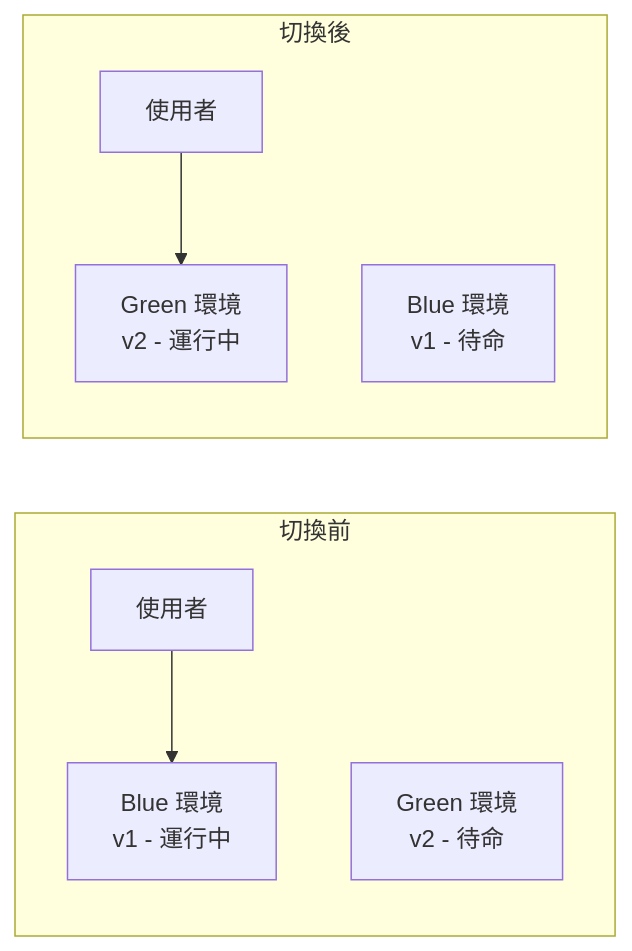
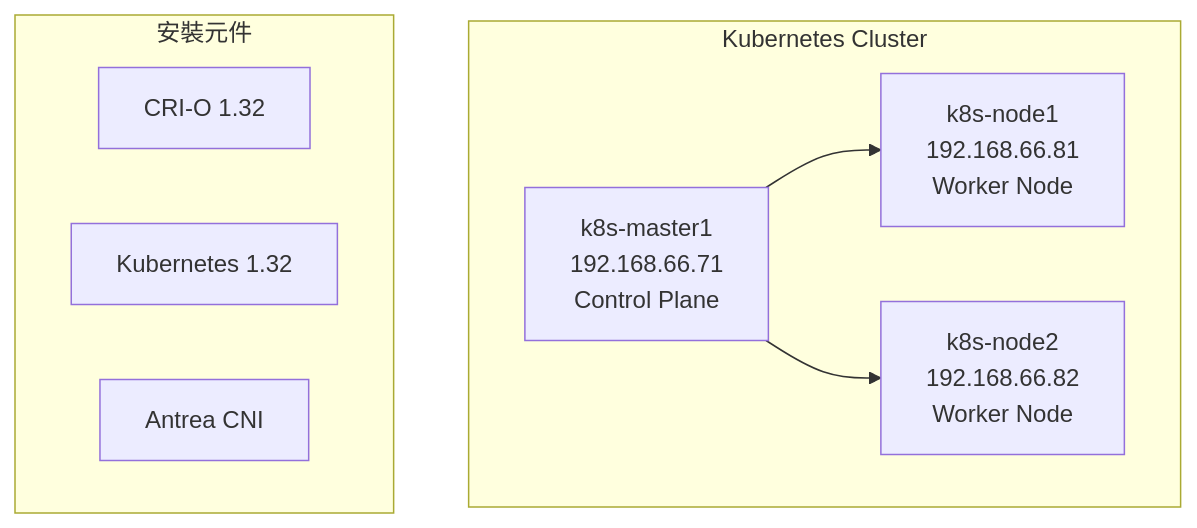
Before and after one commit to CaoCharles/dcka-class-notes: the first of 2 diagrams in docs/lab12_k8s_install.md, drawn with Mermaid. The commit also changed other lines of this file, not shown here.

Commit message:
LAB 12: Focus on practical K8s cluster installation

````diff
--- a/docs/lab12_k8s_install.md
+++ b/docs/lab12_k8s_install.md
@@ -571,12 +30,16 @@
 ```mermaid
-graph LR
-    subgraph "切換前"
-        User1[使用者] --> Blue1[Blue 環境<br/>v1 - 運行中]
-        Green1[Green 環境<br/>v2 - 待命]
+graph TB
+    subgraph "Kubernetes Cluster"
+        Master[k8s-master1<br/>192.168.66.71<br/>Control Plane]
+        Node1[k8s-node1<br/>192.168.66.81<br/>Worker Node]
+        Node2[k8s-node2<br/>192.168.66.82<br/>Worker Node]
+        Master --> Node1
+        Master --> Node2
     end
     
-    subgraph "切換後"
-        User2[使用者] --> Green2[Green 環境<br/>v2 - 運行中]
-        Blue2[Blue 環境<br/>v1 - 待命]
+    subgraph "安裝元件"
+        CRI[CRI-O 1.32]
+        K8S[Kubernetes 1.32]
+        CNI[Antrea CNI]
     end
 ```
````
